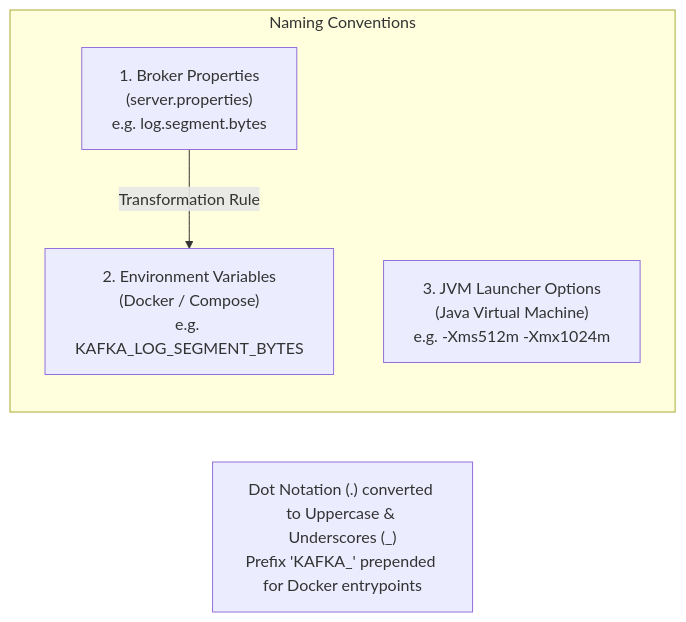
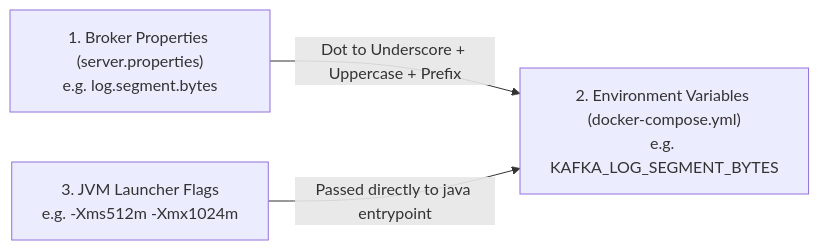
The third of 12 diagrams in docs/configDoc/kafka-configuration-guide.md (Chief-Strategist-J/llm-obs-infra), drawn with Mermaid before and after one commit. The commit also changed other lines of this file, not shown here.

Commit message:
docs(kafka): fix Mermaid diagram rendering syntax and convert parameter breakdowns to structured Markdown tables

````diff
--- a/docs/configDoc/kafka-configuration-guide.md
+++ b/docs/configDoc/kafka-configuration-guide.md
@@ -95,11 +65,5 @@
 ```mermaid
 graph LR
-    subgraph Naming Conventions
-        A["1. Broker Properties<br/>(server.properties)<br/>e.g. log.segment.bytes"]
-        B["2. Environment Variables<br/>(Docker / Compose)<br/>e.g. KAFKA_LOG_SEGMENT_BYTES"]
-        C["3. JVM Launcher Options<br/>(Java Virtual Machine)<br/>e.g. -Xms512m -Xmx1024m"]
-    end
-
-    A -->|Transformation Rule| B
-    note1["Dot Notation (.) converted to Uppercase & Underscores (_)<br/>Prefix 'KAFKA_' prepended for Docker entrypoints"]
+    P1["1. Broker Properties (server.properties)<br/>e.g. log.segment.bytes"] -->|Dot to Underscore + Uppercase + Prefix| P2["2. Environment Variables (docker-compose.yml)<br/>e.g. KAFKA_LOG_SEGMENT_BYTES"]
+    P3["3. JVM Launcher Flags<br/>e.g. -Xms512m -Xmx1024m"] -->|Passed directly to java entrypoint| P2
 ```
````
